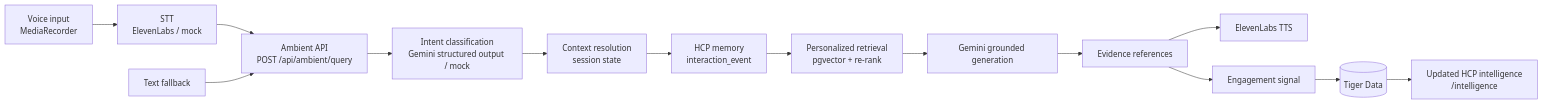
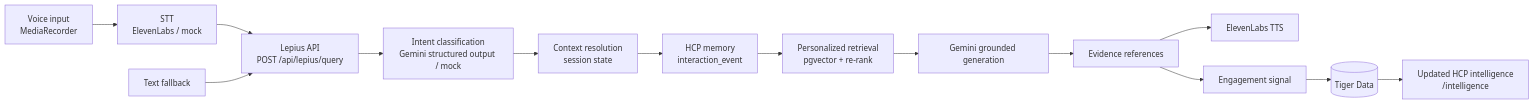
One commit to Pikas3/GTHacks13 changed the first of 2 diagrams in docs/ARCHITECTURE.md. Above: the diagram before and after it, drawn with Mermaid. The commit also changed other lines of this file and 81 other files, not shown here.

````diff
--- a/docs/ARCHITECTURE.md
+++ b/docs/ARCHITECTURE.md
@@ -7,16 +7,16 @@
 ```mermaid
 flowchart LR
     V[Voice input<br/>MediaRecorder] --> STT[STT<br/>ElevenLabs / mock]
-    STT --> API[Ambient API<br/>POST /api/ambient/query]
+    STT --> API[Lepius API<br/>POST /api/lepius/query]
     T[Text fallback] --> API
     API --> IC[Intent classification<br/>Gemini structured output / mock]
     IC --> CR[Context resolution<br/>session state]
     CR --> MEM[HCP memory<br/>interaction_event]
     MEM --> RET[Personalized retrieval<br/>pgvector + re-rank]
     RET --> GEN[Gemini grounded generation]
     GEN --> EV[Evidence references]
     EV --> TTS[ElevenLabs TTS]
     EV --> SIG[Engagement signal]
     SIG --> DB[(Tiger Data)]
     DB --> INTEL[Updated HCP intelligence<br/>/intelligence]
 ```
````
